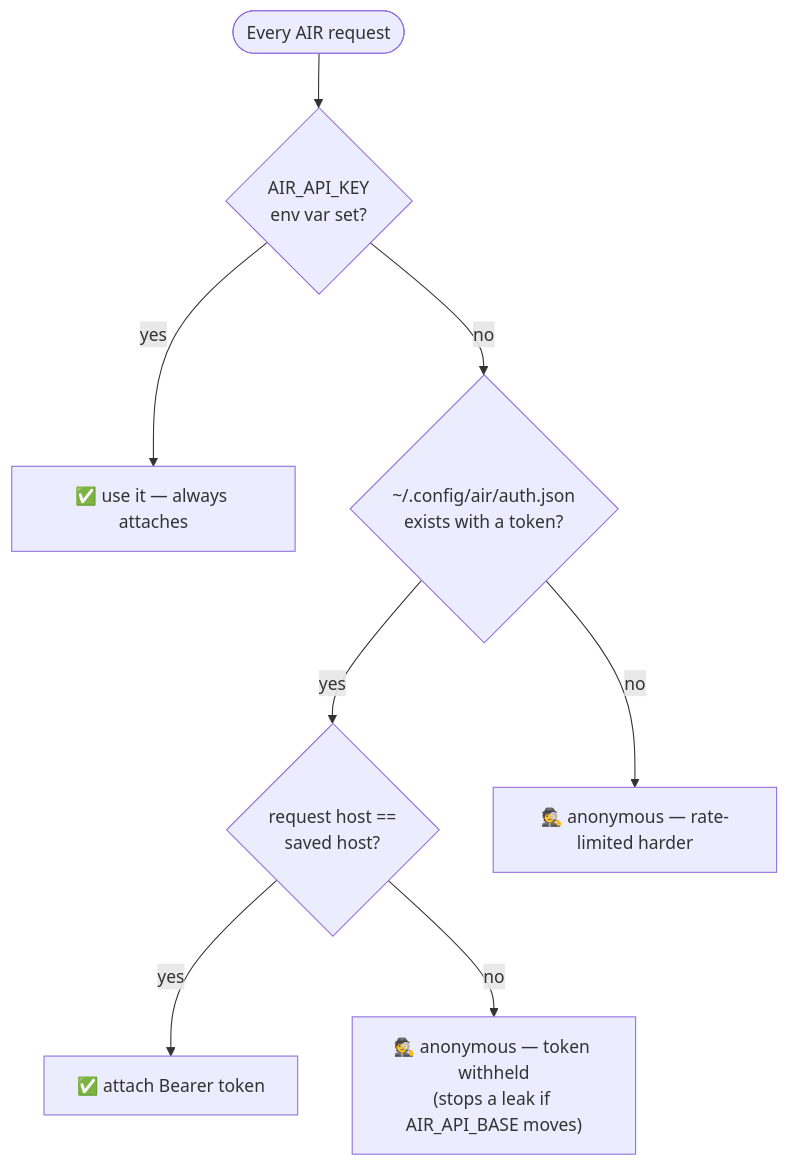
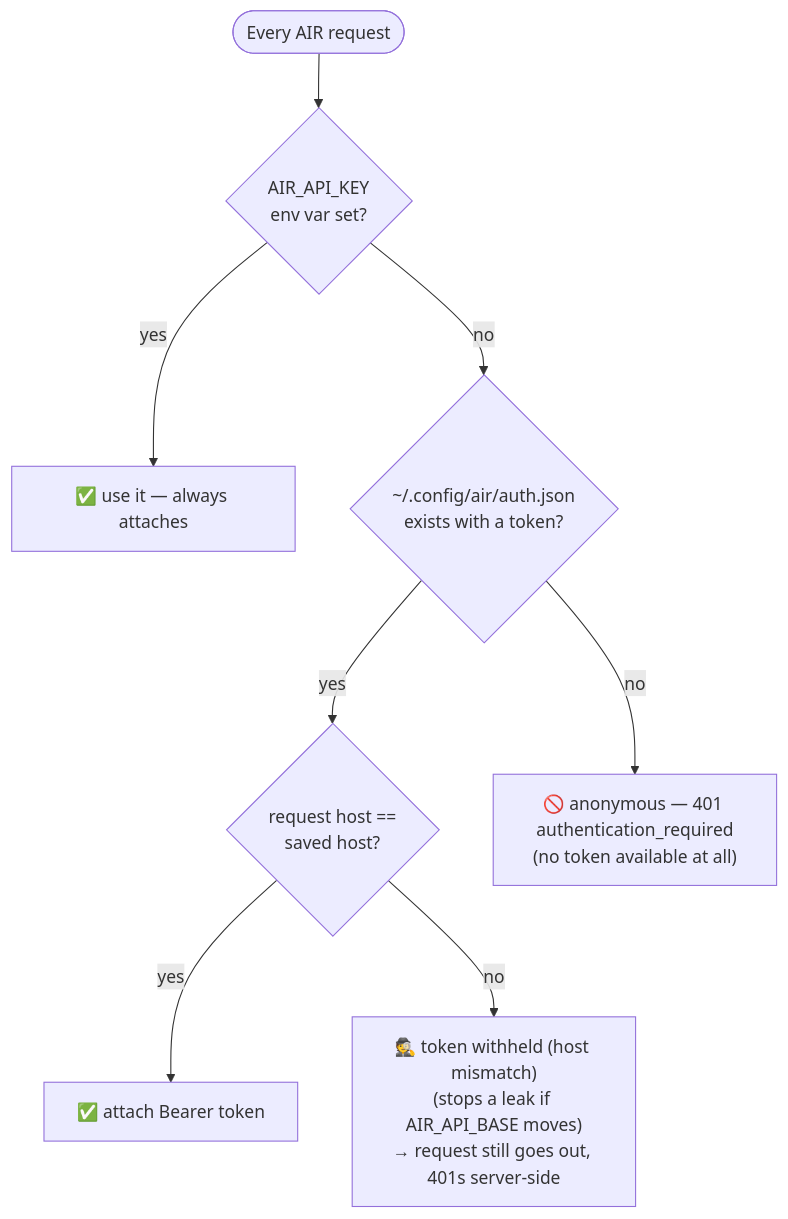
Before and after one commit to airanks-net/mcp-server: the third of 3 diagrams in README.md, drawn with Mermaid. The commit also changed other lines of this file, not shown here.

First line of the commit message:
docs: 🔐 correct README — API now requires a token, anonymous 401s

````diff
--- a/README.md
+++ b/README.md
@@ -142,10 +142,10 @@
 ```mermaid
 flowchart TD
     Start(["Every AIR request"]) --> Env{"AIR_API_KEY\nenv var set?"}
     Env -- yes --> UseEnv["✅ use it — always attaches"]
     Env -- no --> File{"~/.config/air/auth.json\nexists with a token?"}
     File -- yes --> Host{"request host ==\nsaved host?"}
     Host -- yes --> UseFile["✅ attach Bearer token"]
-    Host -- no --> Anon["🕵️ anonymous — token withheld\n(stops a leak if AIR_API_BASE moves)"]
-    File -- no --> Anon2["🕵️ anonymous — rate-limited harder"]
+    Host -- no --> Anon["🕵️ token withheld (host mismatch)\n(stops a leak if AIR_API_BASE moves)\n→ request still goes out, 401s server-side"]
+    File -- no --> Anon2["🚫 anonymous — 401 authentication_required\n(no token available at all)"]
 ```
````
